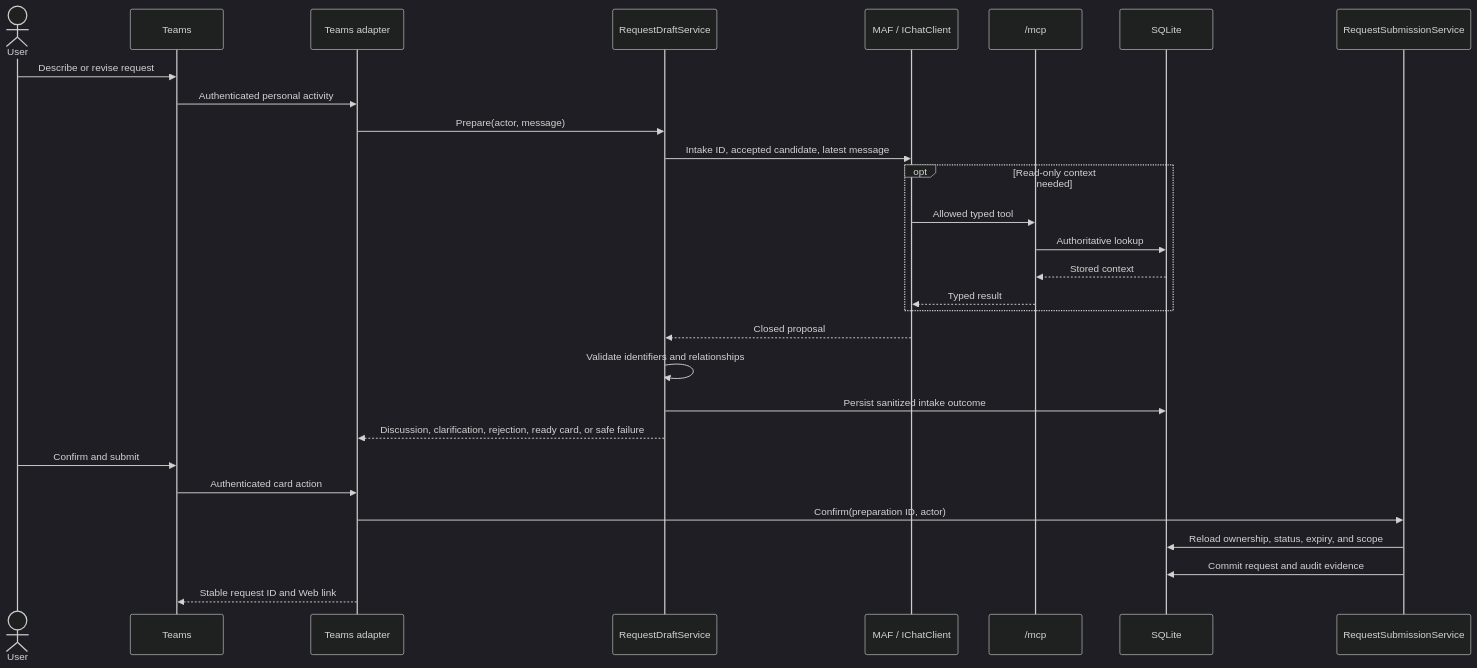
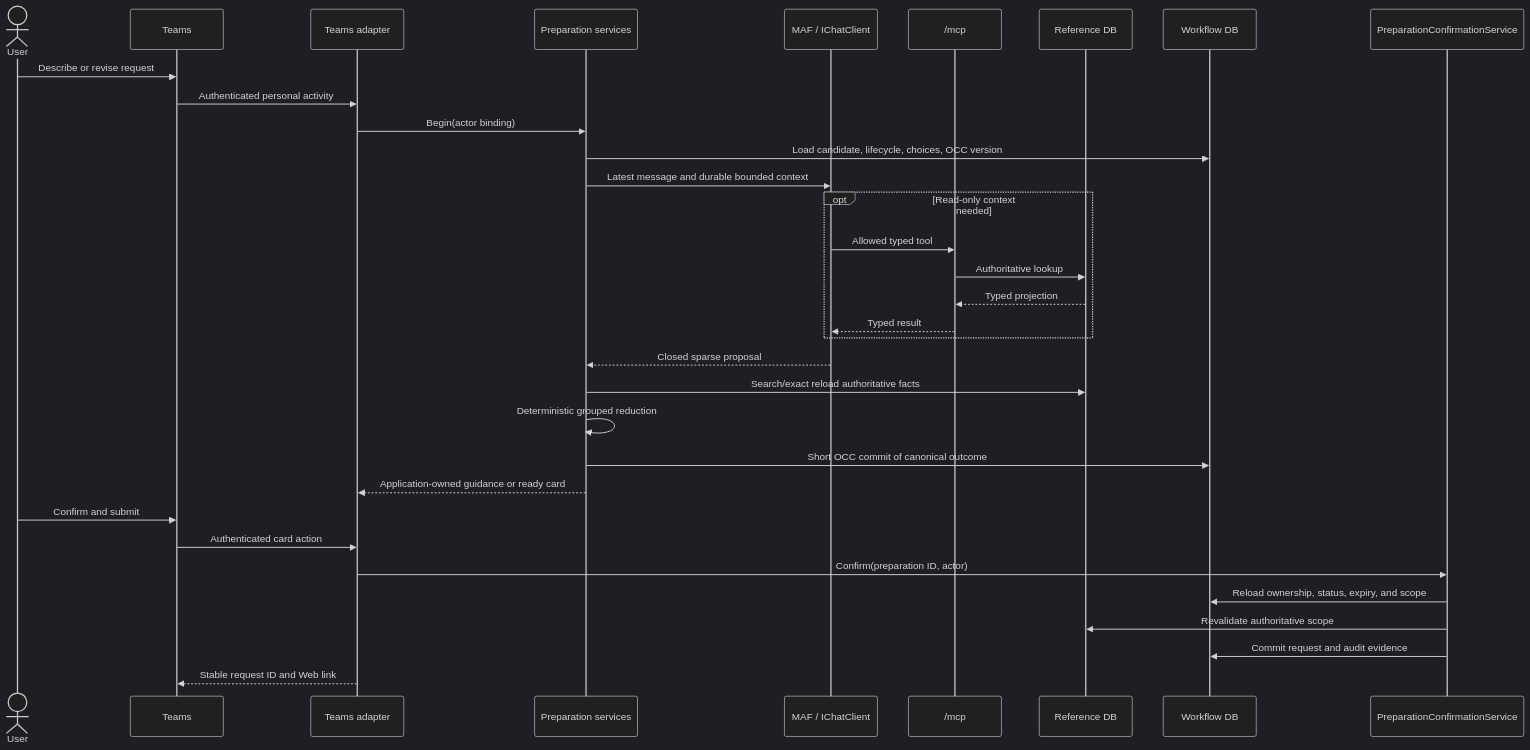
One commit to mariusz-kacz/production-access-request-assistant changed the third of 4 diagrams in docs/architecture.md. Above: the diagram before and after it, drawn with Mermaid (dark theme). The commit also changed other lines of this file and 20 other files, not shown here.

Commit message:
Refine documentation after change to deterministic intake

````diff
--- a/docs/architecture.md
+++ b/docs/architecture.md
@@ -126,32 +155,36 @@
 ```mermaid
 sequenceDiagram
     actor User
     participant Teams
     participant Agent as Teams adapter
-    participant Draft as RequestDraftService
+    participant Prepare as Preparation services
     participant Model as MAF / IChatClient
     participant MCP as /mcp
-    participant DB as SQLite
-    participant Submit as RequestSubmissionService
+    participant Reference as Reference DB
+    participant Workflow as Workflow DB
+    participant Submit as PreparationConfirmationService
 
     User->>Teams: Describe or revise request
     Teams->>Agent: Authenticated personal activity
-    Agent->>Draft: Prepare(actor, message)
-    Draft->>Model: Intake ID, accepted candidate, latest message
+    Agent->>Prepare: Begin(actor binding)
+    Prepare->>Workflow: Load candidate, lifecycle, choices, OCC version
+    Prepare->>Model: Latest message and durable bounded context
     opt Read-only context needed
         Model->>MCP: Allowed typed tool
-        MCP->>DB: Authoritative lookup
-        DB-->>MCP: Stored context
+        MCP->>Reference: Authoritative lookup
+        Reference-->>MCP: Typed projection
         MCP-->>Model: Typed result
     end
-    Model-->>Draft: Closed proposal
-    Draft->>Draft: Validate identifiers and relationships
-    Draft->>DB: Persist sanitized intake outcome
-    Draft-->>Agent: Discussion, clarification, rejection, ready card, or safe failure
+    Model-->>Prepare: Closed sparse proposal
+    Prepare->>Reference: Search/exact reload authoritative facts
+    Prepare->>Prepare: Deterministic grouped reduction
+    Prepare->>Workflow: Short OCC commit of canonical outcome
+    Prepare-->>Agent: Application-owned guidance or ready card
     User->>Teams: Confirm and submit
     Teams->>Agent: Authenticated card action
     Agent->>Submit: Confirm(preparation ID, actor)
-    Submit->>DB: Reload ownership, status, expiry, and scope
-    Submit->>DB: Commit request and audit evidence
+    Submit->>Workflow: Reload ownership, status, expiry, and scope
+    Submit->>Reference: Revalidate authoritative scope
+    Submit->>Workflow: Commit request and audit evidence
     Agent-->>Teams: Stable request ID and Web link
 ```
````
